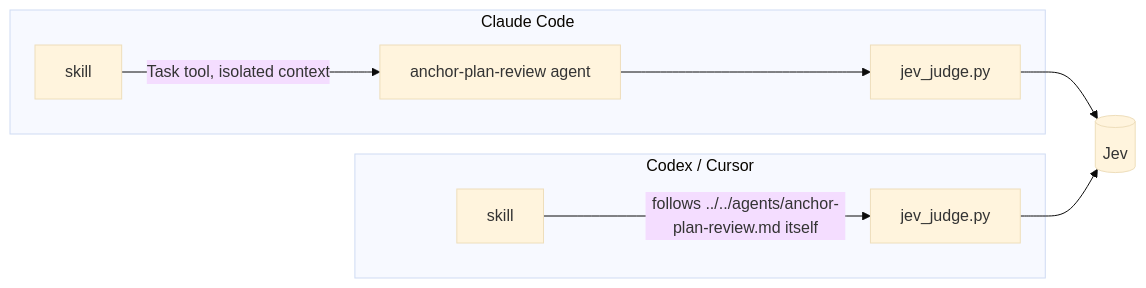
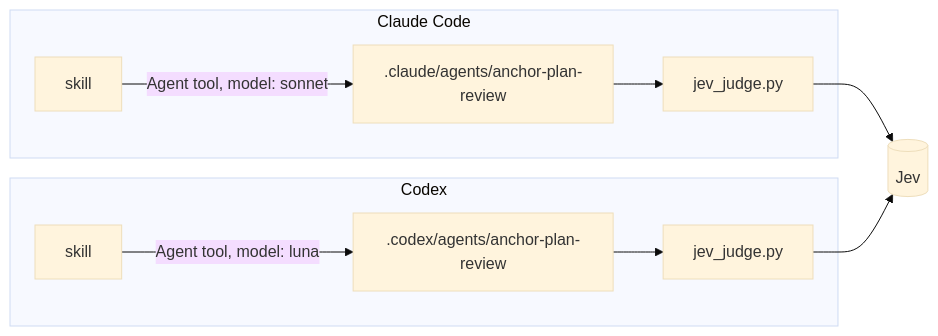
The fifth of 5 diagrams in docs/design/architecture-and-call-graphs.md (ehrvs/plan-anchor), drawn with Mermaid (base theme) before and after one commit. The commit also changed other lines of this file and 32 other files, not shown here.

Commit message:
feat(plan-anchor): add independent harness-specific tuning

````diff
--- a/docs/design/architecture-and-call-graphs.md
+++ b/docs/design/architecture-and-call-graphs.md
@@ -215,11 +216,11 @@
 ```mermaid
 flowchart LR
     subgraph CC["Claude Code"]
-        S1["skill"] -- "Task tool, isolated context" --> A1["anchor-plan-review agent"] --> J1["jev_judge.py"]
+        S1["skill"] -- "Agent tool, model: sonnet" --> A1[".claude/agents/anchor-plan-review"] --> J1["jev_judge.py"]
     end
-    subgraph CX["Codex / Cursor"]
-        S2["skill"] -- "follows ../../agents/anchor-plan-review.md itself" --> J2["jev_judge.py"]
+    subgraph CX["Codex"]
+        S2["skill"] -- "Agent tool, model: luna" --> A2[".codex/agents/anchor-plan-review"] --> J2["jev_judge.py"]
     end
     J1 --> Jev[("Jev")]
     J2 --> Jev
 ```
````
